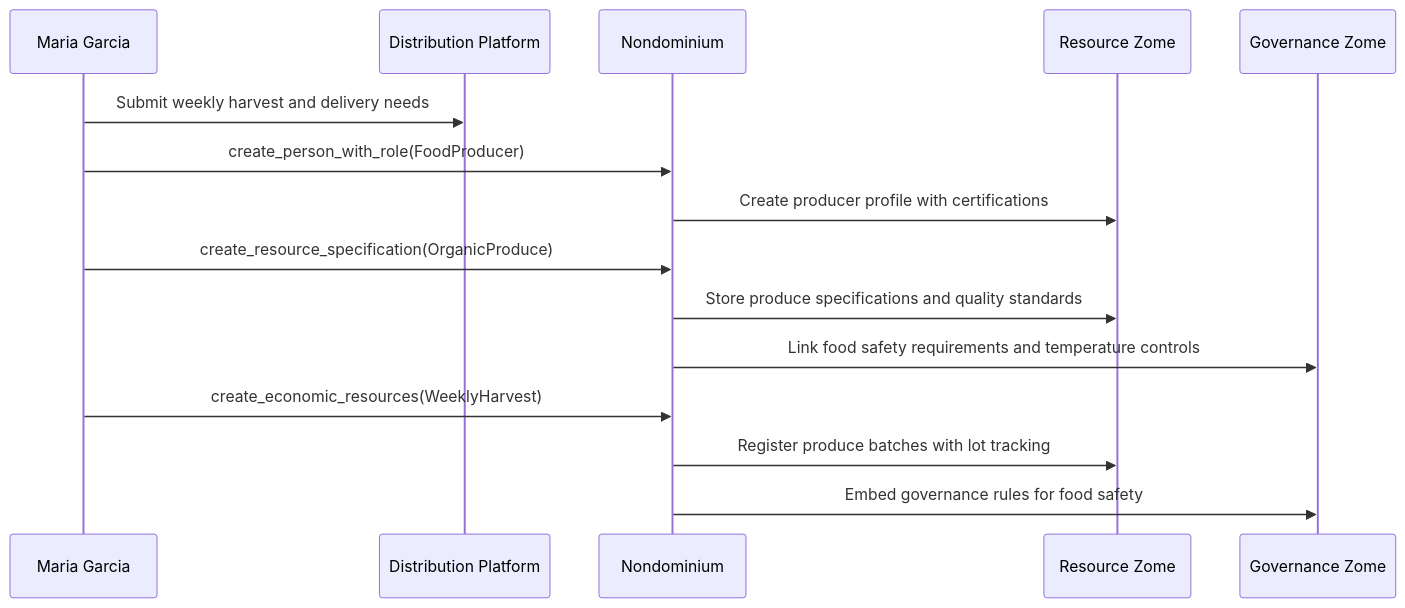
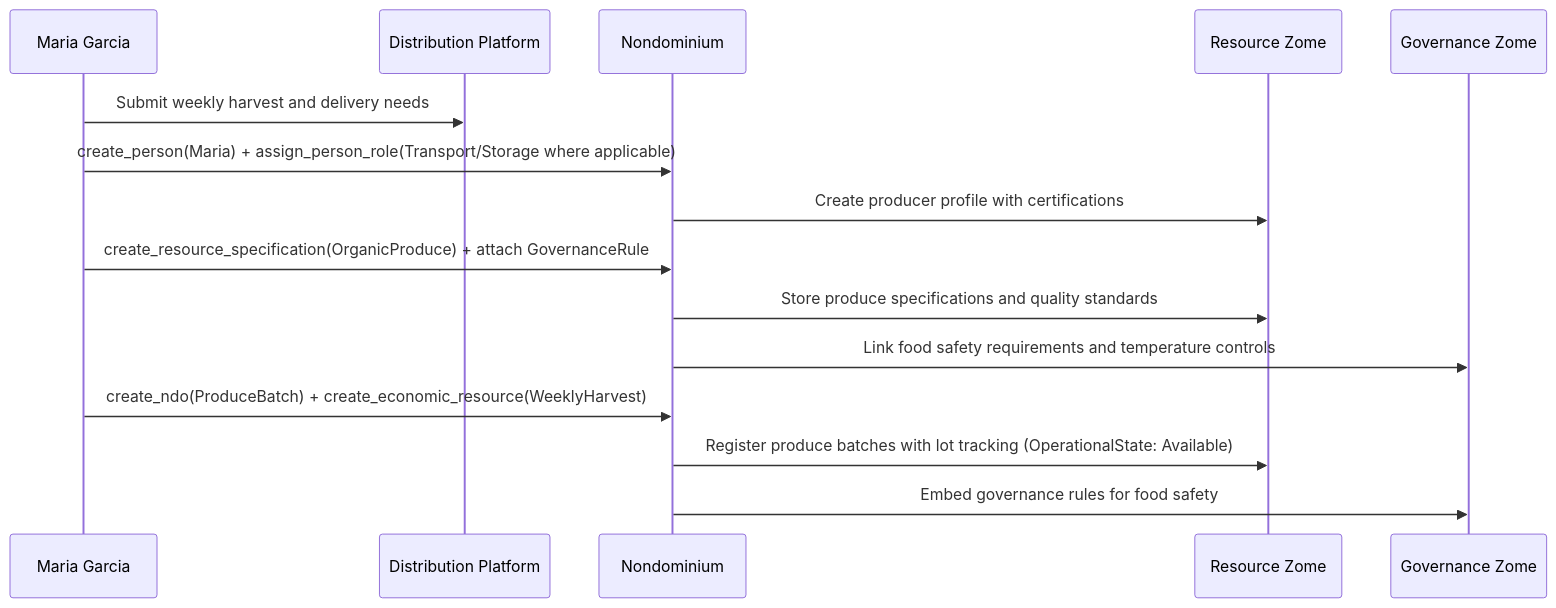
The first of 9 diagrams in documentation/Applications/user-story/user-story-food-basket.md (Sensorica/nondominium), drawn with Mermaid before and after one commit. The commit also changed other lines of this file and 99 other files, not shown here.

````diff
--- a/documentation/Applications/user-story/user-story-food-basket.md
+++ b/documentation/Applications/user-story/user-story-food-basket.md
@@ -36,20 +54,20 @@
 ```mermaid
 sequenceDiagram
     participant Maria as Maria Garcia
     participant Platform as Distribution Platform
     participant ND as Nondominium
     participant Res as Resource Zome
     participant Gov as Governance Zome
 
     Maria->>Platform: Submit weekly harvest and delivery needs
-    Maria->>ND: create_person_with_role(FoodProducer)
+    Maria->>ND: create_person(Maria) + assign_person_role(Transport/Storage where applicable)
     ND->>Res: Create producer profile with certifications
 
-    Maria->>ND: create_resource_specification(OrganicProduce)
+    Maria->>ND: create_resource_specification(OrganicProduce) + attach GovernanceRule
     ND->>Res: Store produce specifications and quality standards
     ND->>Gov: Link food safety requirements and temperature controls
 
-    Maria->>ND: create_economic_resources(WeeklyHarvest)
-    ND->>Res: Register produce batches with lot tracking
+    Maria->>ND: create_ndo(ProduceBatch) + create_economic_resource(WeeklyHarvest)
+    ND->>Res: Register produce batches with lot tracking (OperationalState: Available)
     ND->>Gov: Embed governance rules for food safety
 ```
````
